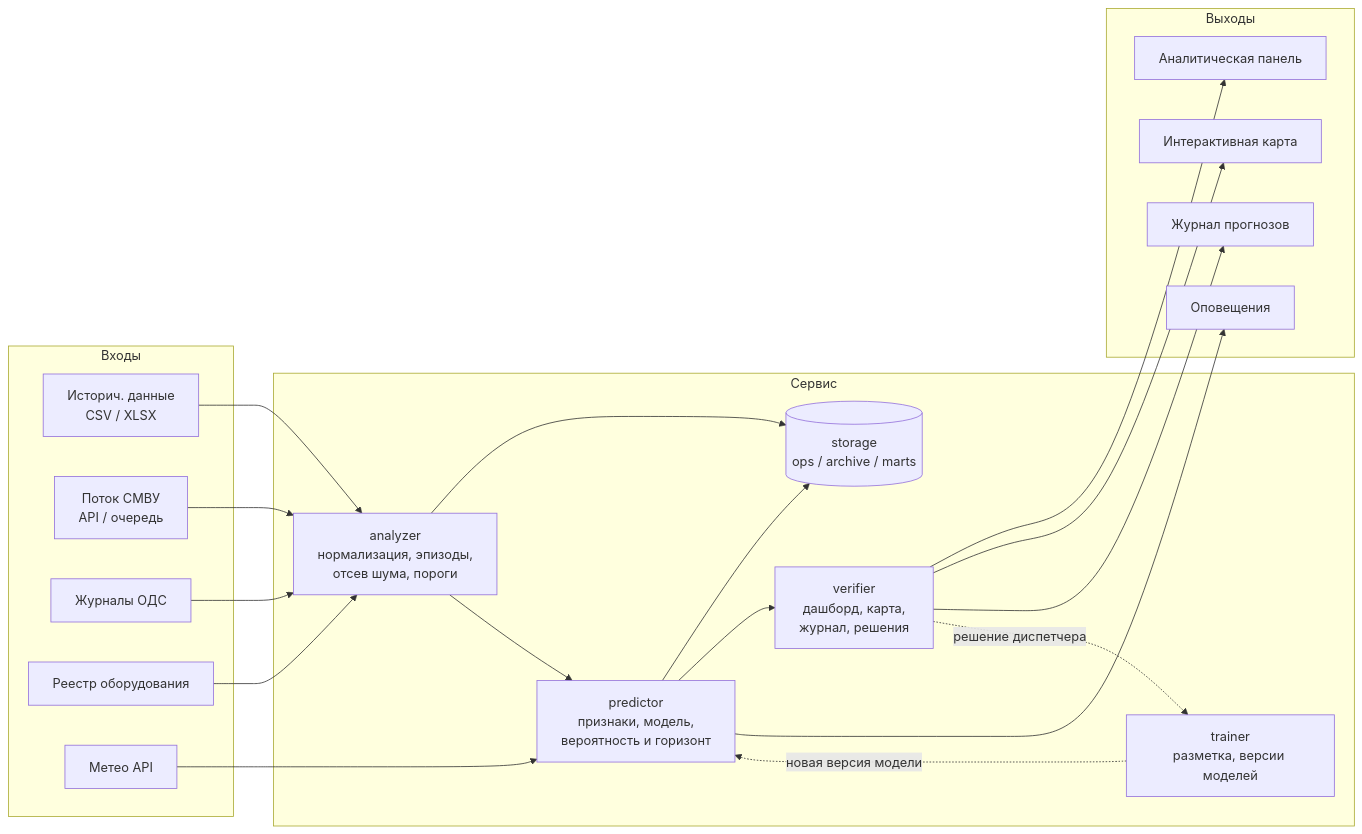
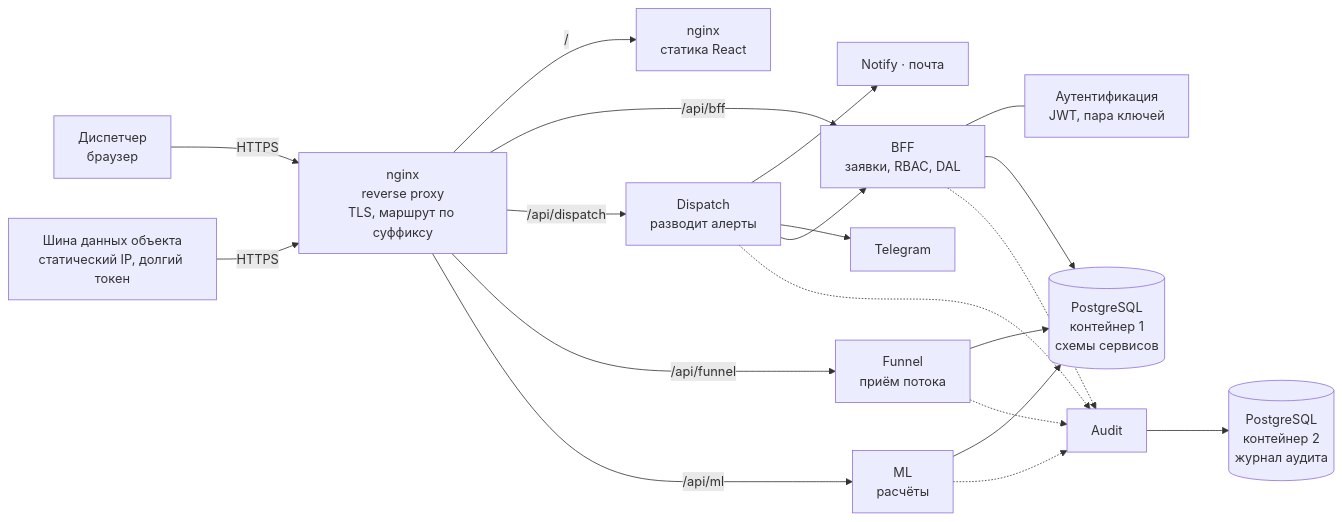
Before and after one commit to Think-Faster/Think-Faster: the diagram in tasks/plan.md, drawn with Mermaid. The commit also changed other lines of this file and 1 other file, not shown here.

````diff
--- a/tasks/plan.md
+++ b/tasks/plan.md
@@ -22,38 +28,22 @@
 ```mermaid
 flowchart LR
-    subgraph IN["Входы"]
-        H["Историч. данные<br/>CSV / XLSX"]
-        S["Поток СМВУ<br/>API / очередь"]
-        O["Журналы ОДС"]
-        R["Реестр оборудования"]
-        W["Метео API"]
-    end
-    subgraph CORE["Сервис"]
-        A["analyzer<br/>нормализация, эпизоды,<br/>отсев шума, пороги"]
-        P["predictor<br/>признаки, модель,<br/>вероятность и горизонт"]
-        V["verifier<br/>дашборд, карта,<br/>журнал, решения"]
-        T["trainer<br/>разметка, версии моделей"]
-        DB[("storage<br/>ops / archive / marts")]
-    end
-    subgraph OUT["Выходы"]
-        D["Аналитическая панель"]
-        M["Интерактивная карта"]
-        J["Журнал прогнозов"]
-        N["Оповещения"]
-    end
-    H --> A
-    S --> A
-    O --> A
-    R --> A
-    W --> P
-    A --> DB
-    A --> P
-    P --> DB
-    P --> V
-    V --> D
-    V --> M
-    V --> J
-    P --> N
-    V -.->|"решение диспетчера"| T
-    T -.->|"новая версия модели"| P
+    U["Диспетчер<br/>браузер"] -->|HTTPS| RP["nginx<br/>reverse proxy<br/>TLS, маршрут по суффиксу"]
+    BUS["Шина данных объекта<br/>статический IP, долгий токен"] -->|HTTPS| RP
+    RP -->|"/"| FE["nginx<br/>статика React"]
+    RP -->|"/api/bff"| BFF["BFF<br/>заявки, RBAC, DAL"]
+    RP -->|"/api/dispatch"| DSP["Dispatch<br/>разводит алерты"]
+    RP -->|"/api/funnel"| FUN["Funnel<br/>приём потока"]
+    RP -->|"/api/ml"| ML["ML<br/>расчёты"]
+    BFF --- AUTH["Аутентификация<br/>JWT, пара ключей"]
+    DSP --> NOT["Notify · почта"]
+    DSP --> TG["Telegram"]
+    DSP --> BFF
+    FUN --> DB[("PostgreSQL<br/>контейнер 1<br/>схемы сервисов")]
+    BFF --> DB
+    ML --> DB
+    BFF -.-> AUD["Audit"]
+    DSP -.-> AUD
+    FUN -.-> AUD
+    ML -.-> AUD
+    AUD --> ADB[("PostgreSQL<br/>контейнер 2<br/>журнал аудита")]
 ```
````
